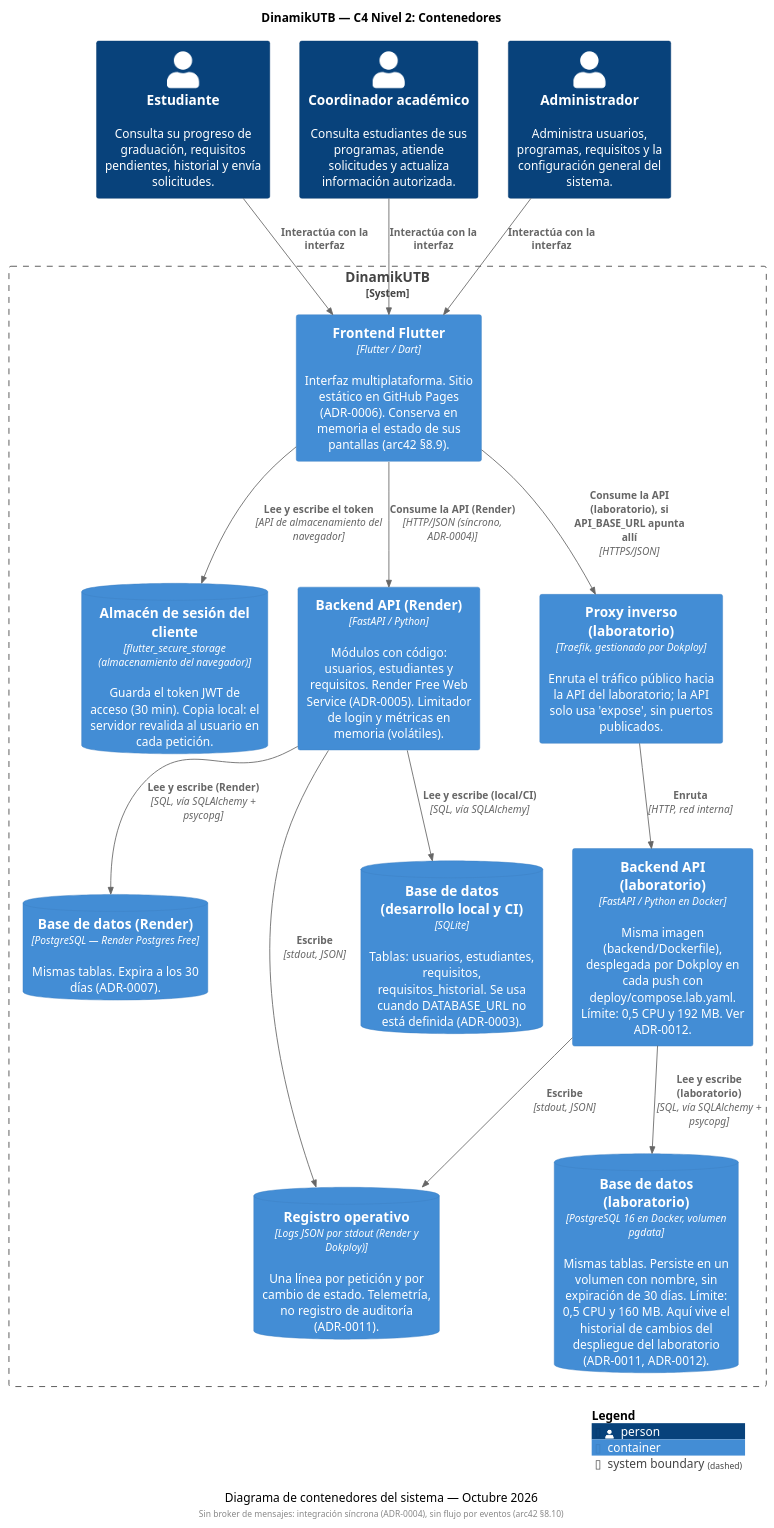
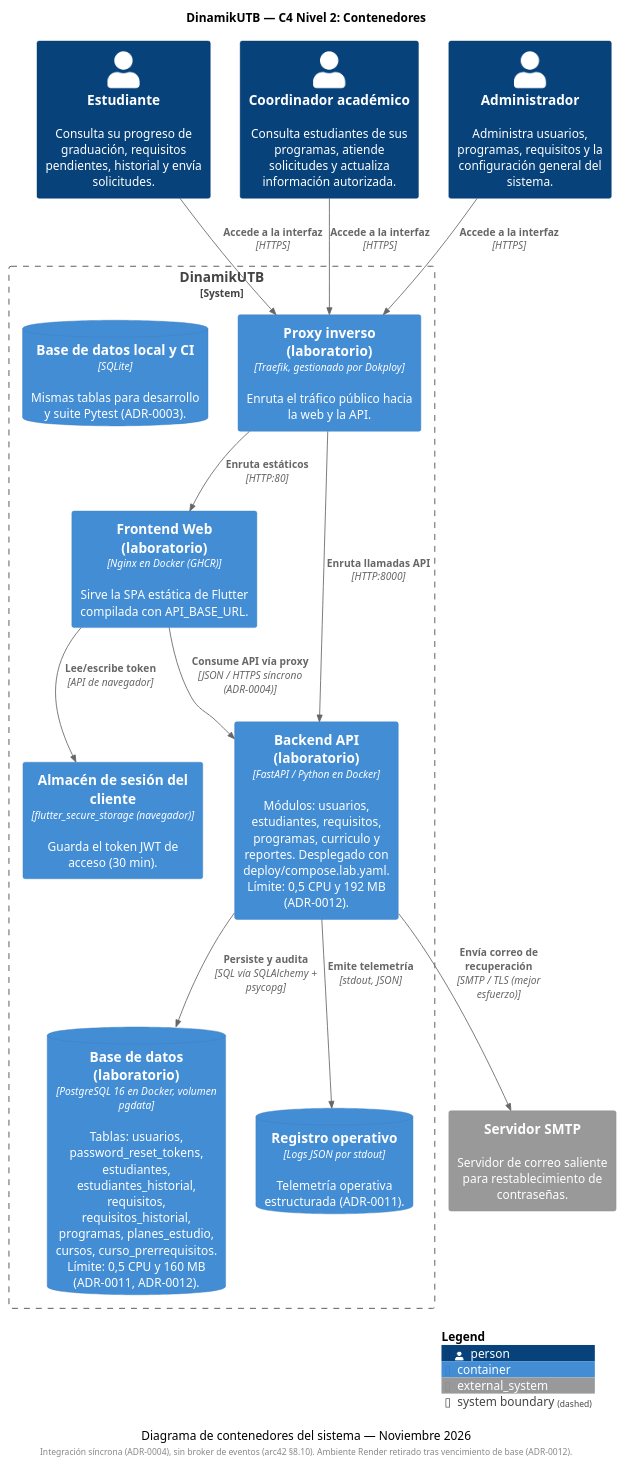
One commit to ISCOUTB/AS_202620_DinamikUTB changed the diagram in docs/c4/contenedores.puml. Above: the diagram before and after it, drawn with PlantUML.

```diff
--- a/docs/c4/contenedores.puml
+++ b/docs/c4/contenedores.puml
@@ -1,41 +1,41 @@
 @startuml
 !include https://raw.githubusercontent.com/plantuml-stdlib/C4-PlantUML/master/C4_Container.puml
 
 title DinamikUTB — C4 Nivel 2: Contenedores
-caption Diagrama de contenedores del sistema — Octubre 2026
+caption Diagrama de contenedores del sistema — Noviembre 2026
 
 Person(estudiante, "Estudiante", "Consulta su progreso de graduación, requisitos pendientes, historial y envía solicitudes.")
 Person(coordinador, "Coordinador académico", "Consulta estudiantes de sus programas, atiende solicitudes y actualiza información autorizada.")
 Person(administrador, "Administrador", "Administra usuarios, programas, requisitos y la configuración general del sistema.")
 
 System_Boundary(dinamik, "DinamikUTB") {
-    Container(frontend, "Frontend Flutter", "Flutter / Dart", "Interfaz multiplataforma. Sitio estático en GitHub Pages (ADR-0006). Conserva en memoria el estado de sus pantallas (arc42 §8.9).")
-    ContainerDb(token_store, "Almacén de sesión del cliente", "flutter_secure_storage (almacenamiento del navegador)", "Guarda el token JWT de acceso (30 min). Copia local: el servidor revalida al usuario en cada petición.")
+    Container(token_store, "Almacén de sesión del cliente", "flutter_secure_storage (navegador)", "Guarda el token JWT de acceso (30 min).")
 
-    Container(backend, "Backend API (Render)", "FastAPI / Python", "Módulos con código: usuarios, estudiantes y requisitos. Render Free Web Service (ADR-0005). Limitador de login y métricas en memoria (volátiles).")
-    ContainerDb(database_local, "Base de datos (desarrollo local y CI)", "SQLite", "Tablas: usuarios, estudiantes, requisitos, requisitos_historial. Se usa cuando DATABASE_URL no está definida (ADR-0003).")
-    ContainerDb(database_prod, "Base de datos (Render)", "PostgreSQL — Render Postgres Free", "Mismas tablas. Expira a los 30 días (ADR-0007).")
+    Container(proxy, "Proxy inverso (laboratorio)", "Traefik, gestionado por Dokploy", "Enruta el tráfico público hacia la web y la API.")
+    Container(web_lab, "Frontend Web (laboratorio)", "Nginx en Docker (GHCR)", "Sirve la SPA estática de Flutter compilada con API_BASE_URL.")
 
-    Container(proxy, "Proxy inverso (laboratorio)", "Traefik, gestionado por Dokploy", "Enruta el tráfico público hacia la API del laboratorio; la API solo usa 'expose', sin puertos publicados.")
-    Container(backend_lab, "Backend API (laboratorio)", "FastAPI / Python en Docker", "Misma imagen (backend/Dockerfile), desplegada por Dokploy en cada push con deploy/compose.lab.yaml. Límite: 0,5 CPU y 192 MB. Ver ADR-0012.")
-    ContainerDb(database_lab, "Base de datos (laboratorio)", "PostgreSQL 16 en Docker, volumen pgdata", "Mismas tablas. Persiste en un volumen con nombre, sin expiración de 30 días. Límite: 0,5 CPU y 160 MB. Aquí vive el historial de cambios del despliegue del laboratorio (ADR-0011, ADR-0012).")
+    Container(backend_lab, "Backend API (laboratorio)", "FastAPI / Python en Docker", "Módulos: usuarios, estudiantes, requisitos, programas, curriculo y reportes. Desplegado con deploy/compose.lab.yaml. Límite: 0,5 CPU y 192 MB (ADR-0012).")
+    ContainerDb(database_lab, "Base de datos (laboratorio)", "PostgreSQL 16 en Docker, volumen pgdata", "Tablas: usuarios, password_reset_tokens, estudiantes, estudiantes_historial, requisitos, requisitos_historial, programas, planes_estudio, cursos, curso_prerrequisitos. Límite: 0,5 CPU y 160 MB (ADR-0011, ADR-0012).")
 
-    ContainerDb(logs, "Registro operativo", "Logs JSON por stdout (Render y Dokploy)", "Una línea por petición y por cambio de estado. Telemetría, no registro de auditoría (ADR-0011).")
+    ContainerDb(database_local, "Base de datos local y CI", "SQLite", "Mismas tablas para desarrollo y suite Pytest (ADR-0003).")
+    ContainerDb(logs, "Registro operativo", "Logs JSON por stdout", "Telemetría operativa estructurada (ADR-0011).")
 }
 
-Rel(estudiante, frontend, "Interactúa con la interfaz")
-Rel(coordinador, frontend, "Interactúa con la interfaz")
-Rel(administrador, frontend, "Interactúa con la interfaz")
-Rel(frontend, token_store, "Lee y escribe el token", "API de almacenamiento del navegador")
-Rel(frontend, backend, "Consume la API (Render)", "HTTP/JSON (síncrono, ADR-0004)")
-Rel(frontend, proxy, "Consume la API (laboratorio), si API_BASE_URL apunta allí", "HTTPS/JSON")
-Rel(proxy, backend_lab, "Enruta", "HTTP, red interna")
-Rel(backend, database_local, "Lee y escribe (local/CI)", "SQL, vía SQLAlchemy")
-Rel(backend, database_prod, "Lee y escribe (Render)", "SQL, vía SQLAlchemy + psycopg")
-Rel(backend_lab, database_lab, "Lee y escribe (laboratorio)", "SQL, vía SQLAlchemy + psycopg")
-Rel(backend, logs, "Escribe", "stdout, JSON")
-Rel(backend_lab, logs, "Escribe", "stdout, JSON")
+System_Ext(smtp, "Servidor SMTP", "Servidor de correo saliente para restablecimiento de contraseñas.")
 
-footer Sin broker de mensajes: integración síncrona (ADR-0004), sin flujo por eventos (arc42 §8.10)
+Rel(estudiante, proxy, "Accede a la interfaz", "HTTPS")
+Rel(coordinador, proxy, "Accede a la interfaz", "HTTPS")
+Rel(administrador, proxy, "Accede a la interfaz", "HTTPS")
+
+Rel(proxy, web_lab, "Enruta estáticos", "HTTP:80")
+Rel(web_lab, token_store, "Lee/escribe token", "API de navegador")
+Rel(proxy, backend_lab, "Enruta llamadas API", "HTTP:8000")
+
+Rel(web_lab, backend_lab, "Consume API vía proxy", "JSON / HTTPS síncrono (ADR-0004)")
+Rel(backend_lab, database_lab, "Persiste y audita", "SQL vía SQLAlchemy + psycopg")
+Rel(backend_lab, smtp, "Envía correo de recuperación", "SMTP / TLS (mejor esfuerzo)")
+Rel(backend_lab, logs, "Emite telemetría", "stdout, JSON")
+
+footer Integración síncrona (ADR-0004), sin broker de eventos (arc42 §8.10). Ambiente Render retirado tras vencimiento de base (ADR-0012).
 SHOW_LEGEND()
 @enduml
```
